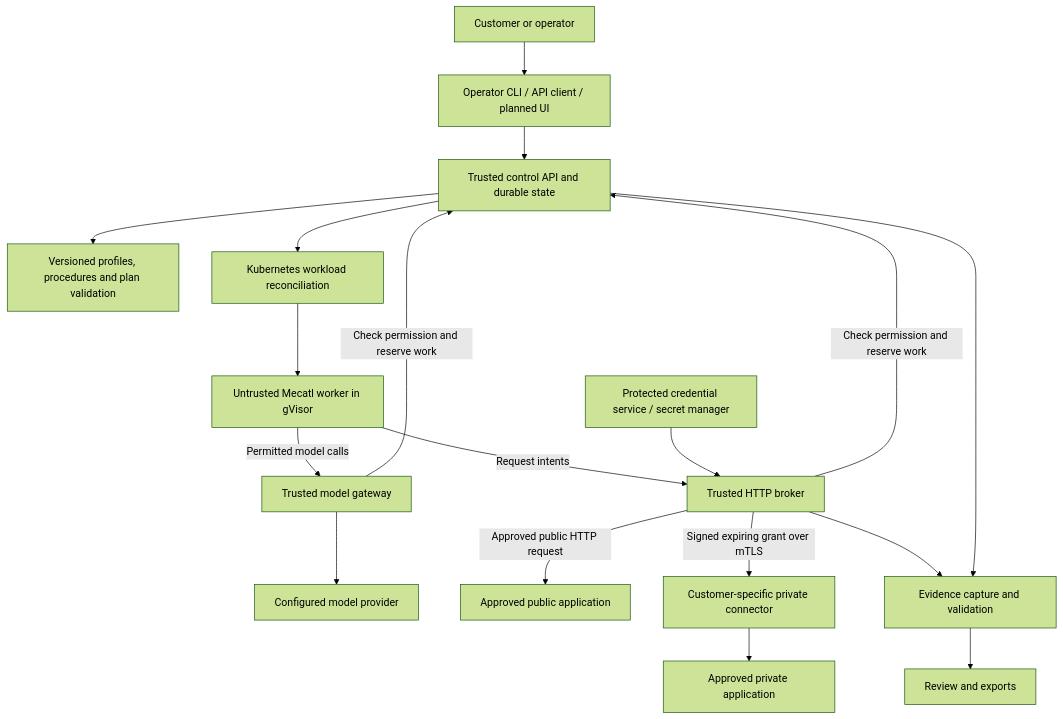
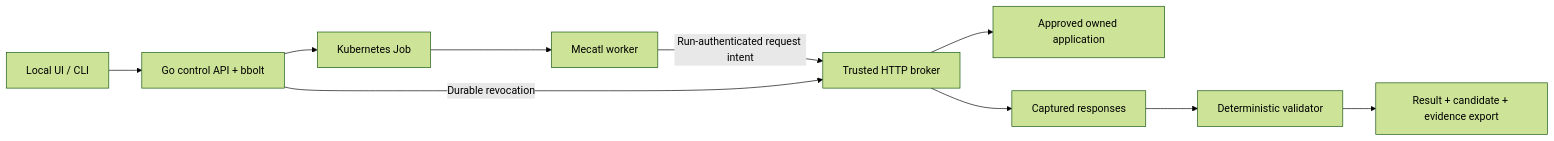
One commit to Sanskarzz/tsunami changed the diagram in docs/design.md. Above: the diagram before and after it, drawn with Mermaid (forest theme). The commit also changed other lines of this file and 371 other files, not shown here.

````diff
--- a/docs/design.md
+++ b/docs/design.md
@@ -160,20 +9,12 @@
 ```mermaid
-flowchart TB
-    User[Customer or operator] --> Clients[Operator CLI / API client / planned UI]
-    Clients --> Control[Trusted control API and durable state]
-    Control --> Catalog[Versioned profiles, procedures and plan validation]
-    Control --> Controller[Kubernetes workload reconciliation]
-    Controller --> Worker[Untrusted Mecatl worker in gVisor]
-    Worker -->|Request intents| Broker[Trusted HTTP broker]
-    Worker -->|Permitted model calls| Models[Trusted model gateway]
-    Models --> Provider[Configured model provider]
-    Broker -->|Approved public HTTP request| Public[Approved public application]
-    Broker -->|Signed expiring grant over mTLS| Connector[Customer-specific private connector]
-    Connector --> Private[Approved private application]
-    Broker --> Evidence[Evidence capture and validation]
-    Control --> Evidence
-    Evidence --> Reports[Review and exports]
-    Broker -->|Check permission and reserve work| Control
-    Models -->|Check permission and reserve work| Control
-    Secrets[Protected credential service / secret manager] --> Broker
+flowchart LR
+    UI[Local UI / CLI] --> CP[Go control API + bbolt]
+    CP --> JOB[Kubernetes Job]
+    JOB --> W[Mecatl worker]
+    W -->|Run-authenticated request intent| B[Trusted HTTP broker]
+    B --> T[Approved owned application]
+    B --> E[Captured responses]
+    E --> V[Deterministic validator]
+    V --> R[Result + candidate + evidence export]
+    CP -->|Durable revocation| B
 ```
````
